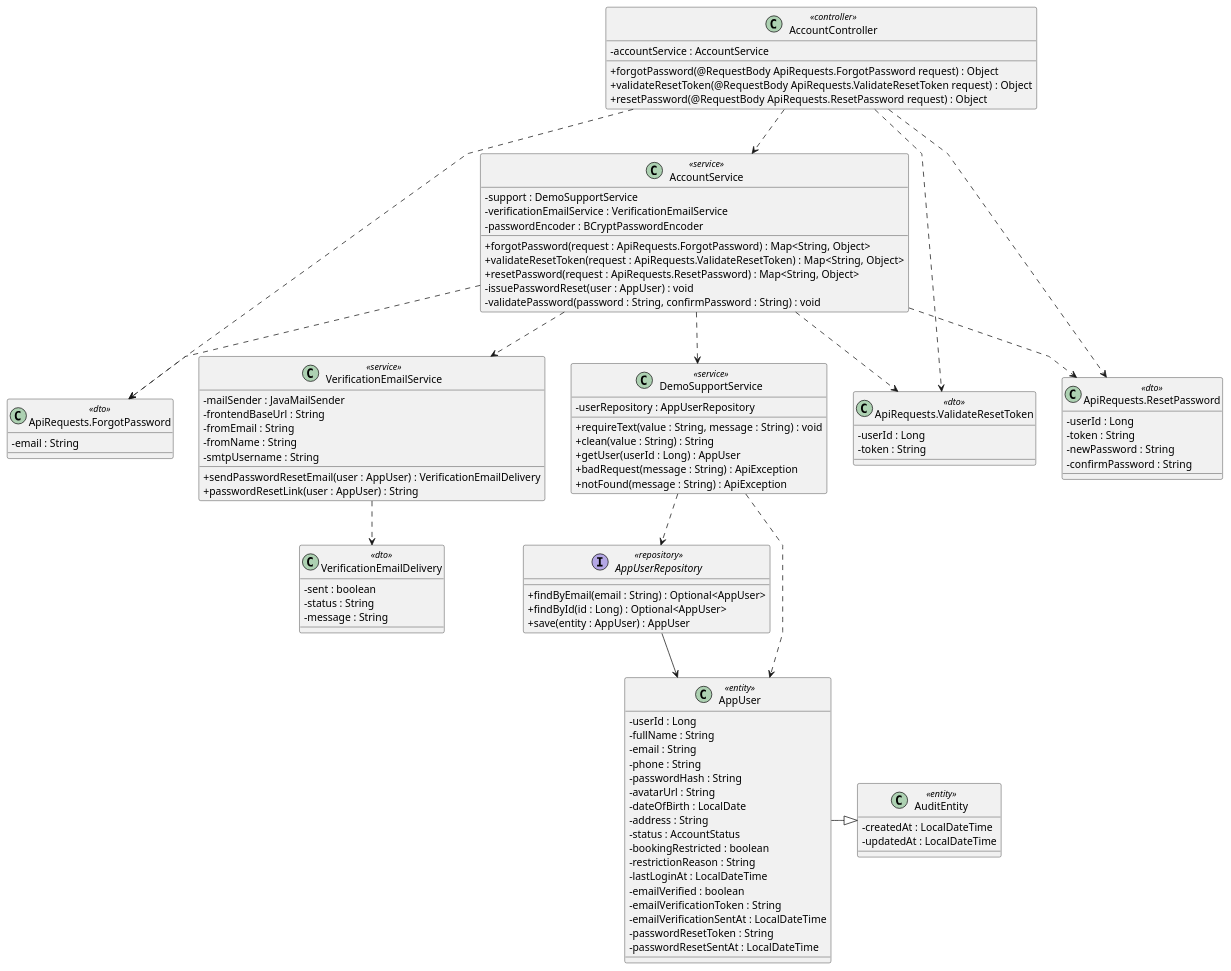
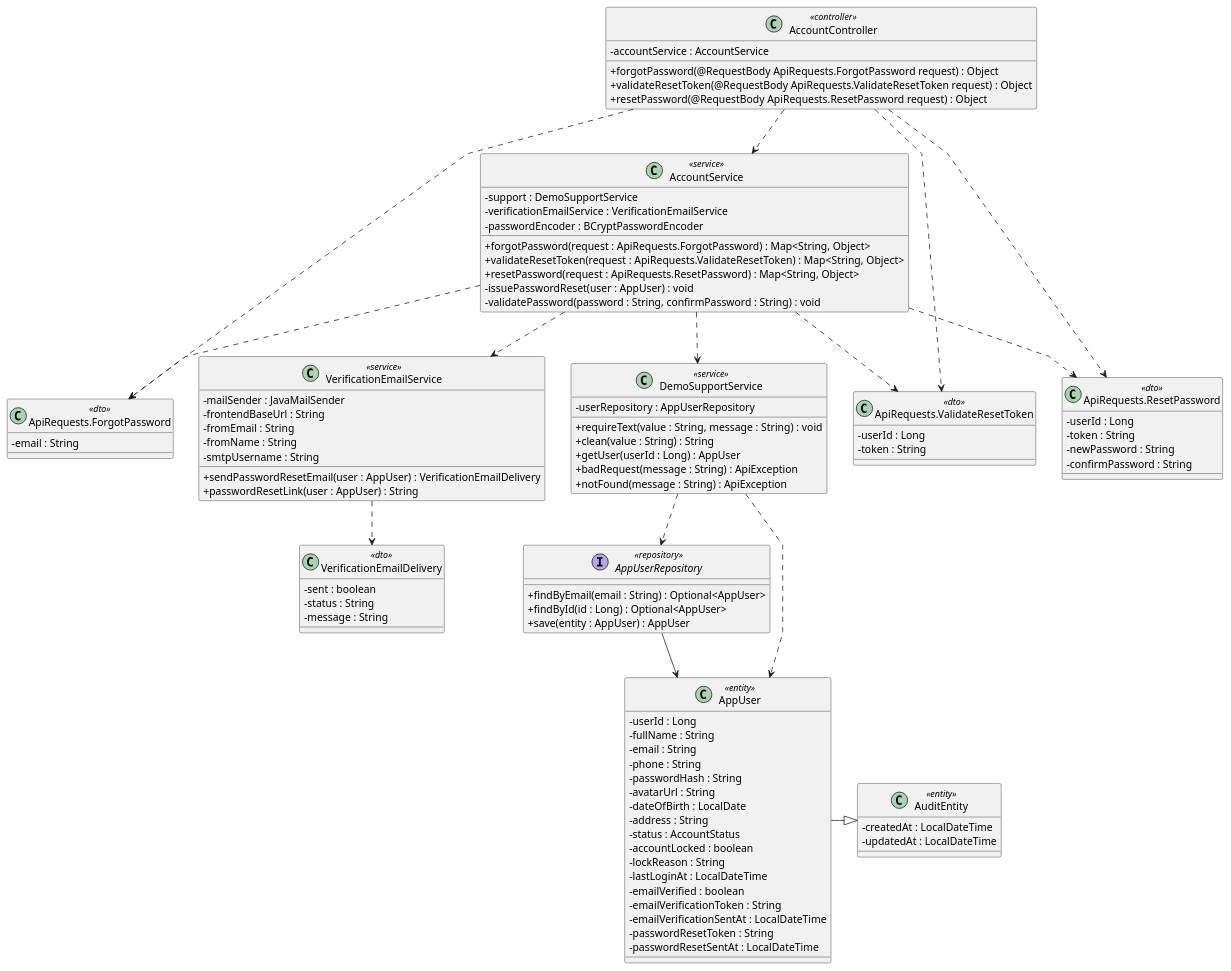
The diagram in docs/Class Diagram/forgot-reset-password.puml (maxwell1904/SWP391_G3), drawn with PlantUML before and after one commit. The commit also changed 41 other files, not shown here.

```diff
--- a/docs/Class Diagram/forgot-reset-password.puml
+++ b/docs/Class Diagram/forgot-reset-password.puml
@@ -1,116 +1,116 @@
 @startuml
 
 skinparam classAttributeIconSize 0
 skinparam linetype polyline
 
 class AccountController <<controller>> {
     -accountService : AccountService
 
     +forgotPassword(@RequestBody ApiRequests.ForgotPassword request) : Object
     +validateResetToken(@RequestBody ApiRequests.ValidateResetToken request) : Object
     +resetPassword(@RequestBody ApiRequests.ResetPassword request) : Object
 }
 
 class AccountService <<service>> {
     -support : DemoSupportService
     -verificationEmailService : VerificationEmailService
     -passwordEncoder : BCryptPasswordEncoder
 
     +forgotPassword(request : ApiRequests.ForgotPassword) : Map<String, Object>
     +validateResetToken(request : ApiRequests.ValidateResetToken) : Map<String, Object>
     +resetPassword(request : ApiRequests.ResetPassword) : Map<String, Object>
     -issuePasswordReset(user : AppUser) : void
     -validatePassword(password : String, confirmPassword : String) : void
 }
 
 class DemoSupportService <<service>> {
     -userRepository : AppUserRepository
 
     +requireText(value : String, message : String) : void
     +clean(value : String) : String
     +getUser(userId : Long) : AppUser
     +badRequest(message : String) : ApiException
     +notFound(message : String) : ApiException
 }
 
 class VerificationEmailService <<service>> {
     -mailSender : JavaMailSender
     -frontendBaseUrl : String
     -fromEmail : String
     -fromName : String
     -smtpUsername : String
 
     +sendPasswordResetEmail(user : AppUser) : VerificationEmailDelivery
     +passwordResetLink(user : AppUser) : String
 }
 
 class "ApiRequests.ForgotPassword" as ForgotPasswordDTO <<dto>> {
     -email : String
 }
 
 class "ApiRequests.ValidateResetToken" as ValidateResetTokenDTO <<dto>> {
     -userId : Long
     -token : String
 }
 
 class "ApiRequests.ResetPassword" as ResetPasswordDTO <<dto>> {
     -userId : Long
     -token : String
     -newPassword : String
     -confirmPassword : String
 }
 
 class VerificationEmailDelivery <<dto>> {
     -sent : boolean
     -status : String
     -message : String
 }
 
 interface AppUserRepository <<repository>> {
     +findByEmail(email : String) : Optional<AppUser>
     +findById(id : Long) : Optional<AppUser>
     +save(entity : AppUser) : AppUser
 }
 
 class AuditEntity <<entity>> {
     -createdAt : LocalDateTime
     -updatedAt : LocalDateTime
 }
 
 class AppUser <<entity>> {
     -userId : Long
     -fullName : String
     -email : String
     -phone : String
     -passwordHash : String
     -avatarUrl : String
     -dateOfBirth : LocalDate
     -address : String
     -status : AccountStatus
-    -bookingRestricted : boolean
-    -restrictionReason : String
+    -accountLocked : boolean
+    -lockReason : String
     -lastLoginAt : LocalDateTime
     -emailVerified : boolean
     -emailVerificationToken : String
     -emailVerificationSentAt : LocalDateTime
     -passwordResetToken : String
     -passwordResetSentAt : LocalDateTime
 }
 
 ' Relationships
 AccountController ..> AccountService
 AccountController ..> ForgotPasswordDTO
 AccountController ..> ValidateResetTokenDTO
 AccountController ..> ResetPasswordDTO
 AccountService ..> ForgotPasswordDTO
 AccountService ..> ValidateResetTokenDTO
 AccountService ..> ResetPasswordDTO
 AccountService ..> DemoSupportService
 AccountService ..> VerificationEmailService
 VerificationEmailService ..> VerificationEmailDelivery
 DemoSupportService ..> AppUserRepository
 DemoSupportService ..> AppUser
 AppUserRepository --> AppUser
 AppUser -|> AuditEntity
 
 @enduml
```
